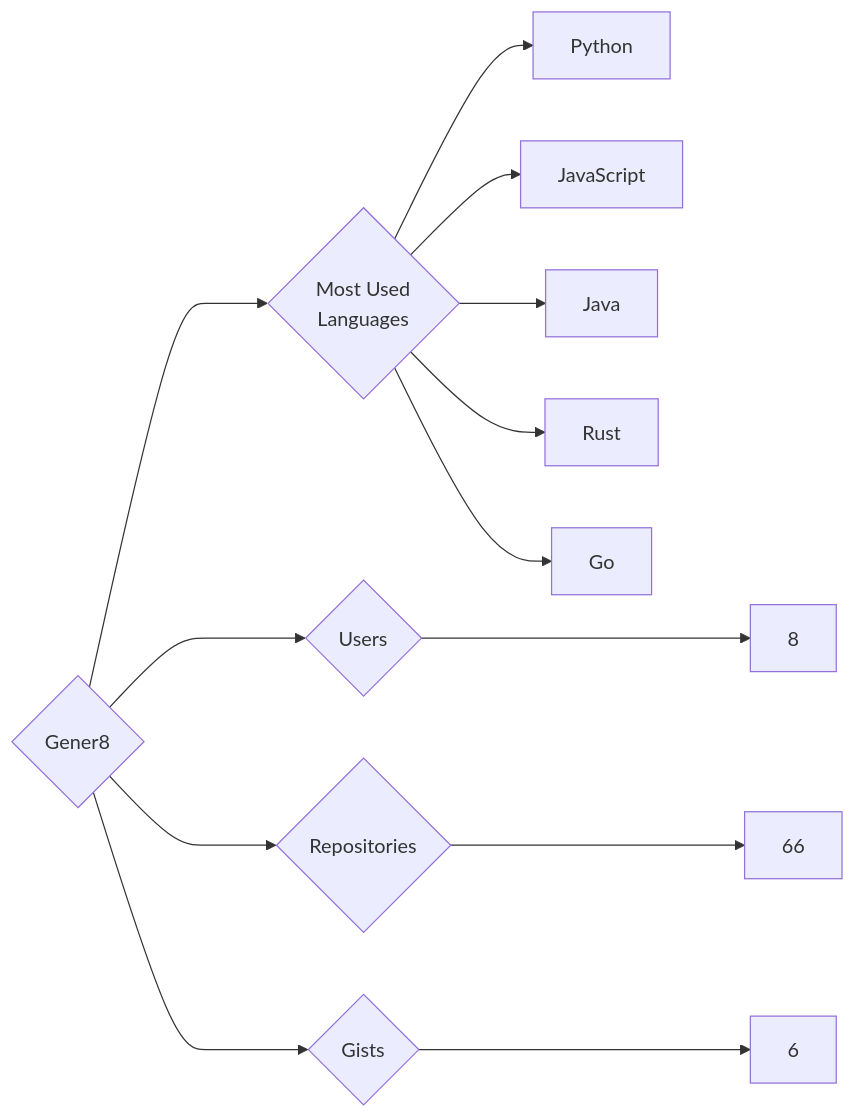
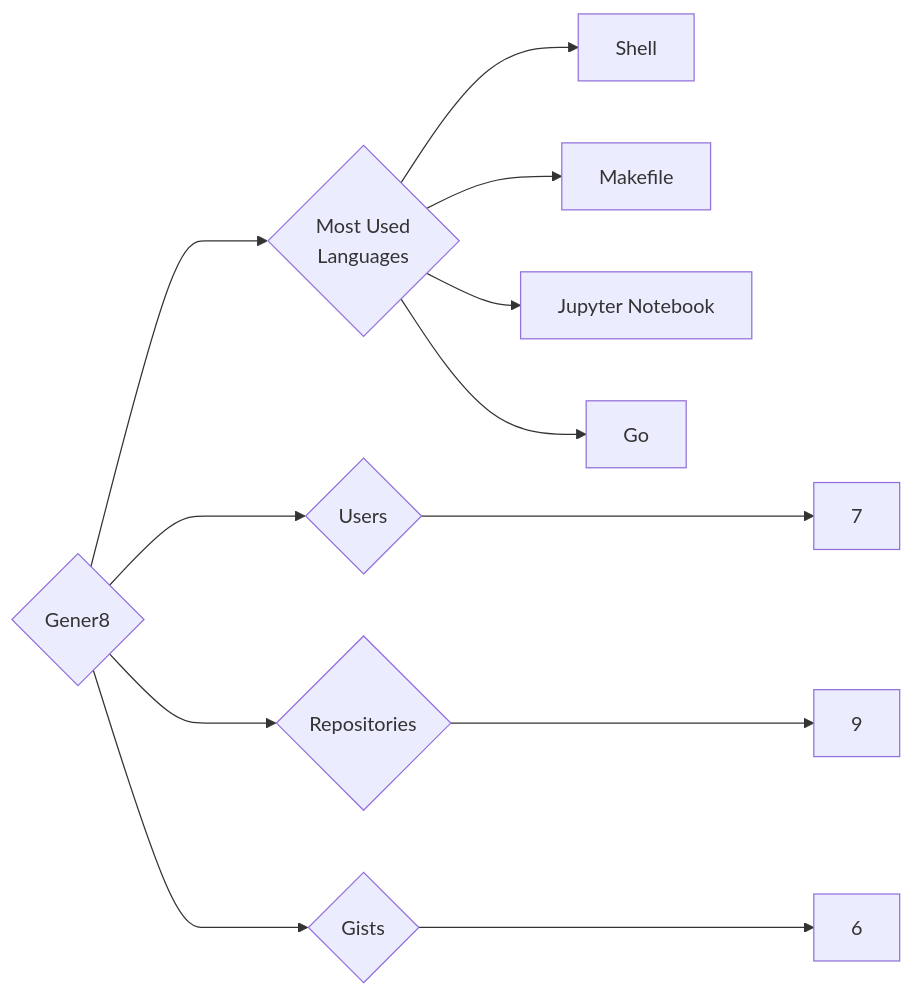
The diagram in targets/Gener8/README.md (trickest/insiders), drawn with Mermaid before and after one commit. The commit also changed 935 other files, not shown here.

````diff
--- a/targets/Gener8/README.md
+++ b/targets/Gener8/README.md
@@ -3,13 +3,12 @@
 ```mermaid
 graph LR
 COMPANY_NAME{Gener8}
-COMPANY_NAME ---> U{Users} ---> UN[8]
-COMPANY_NAME ---> R{Repositories} ---> RN[66]
+COMPANY_NAME ---> U{Users} ---> UN[7]
+COMPANY_NAME ---> R{Repositories} ---> RN[9]
 COMPANY_NAME ---> G{Gists} ---> GN[6]
 COMPANY_NAME ---> ML{Most Used<br>Languages}
-ML --> Python[Python]
-ML --> JavaScript[JavaScript]
-ML --> Java[Java]
-ML --> Rust[Rust]
+ML --> Shell[Shell]
+ML --> Makefile[Makefile]
+ML --> Jupyter_Notebook[Jupyter Notebook]
 ML --> Go[Go]
 ```
````
